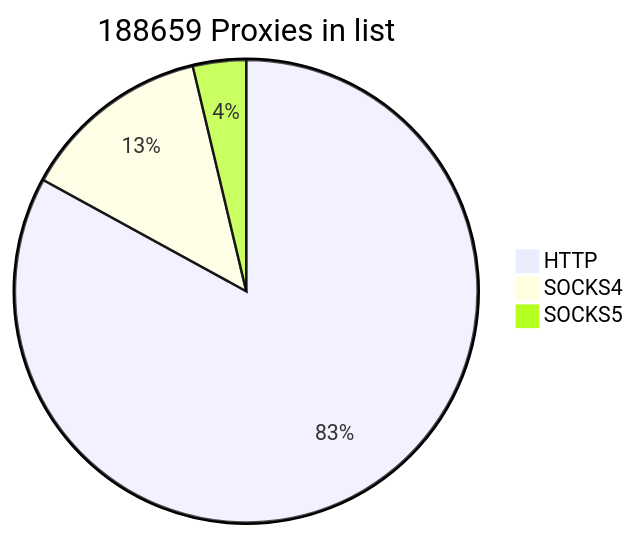
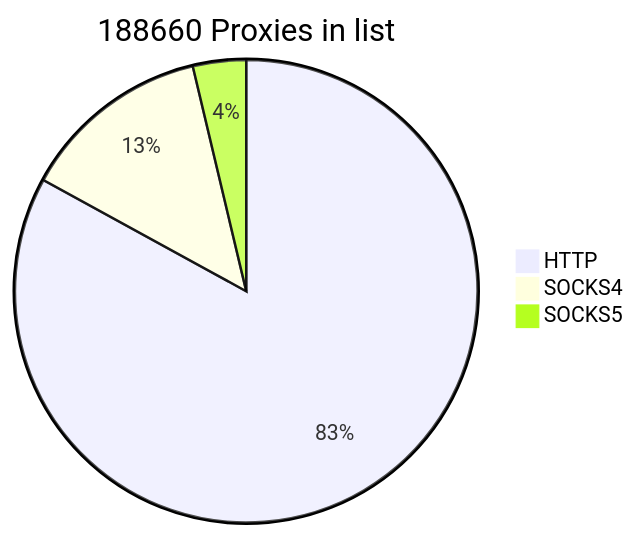
Before and after one commit to cutipu/proxylist: the first of 2 diagrams in README.md, drawn with Mermaid. The commit also changed other lines of this file, not shown here.

````diff
--- a/README.md
+++ b/README.md
@@ -2,7 +2,7 @@
 ```mermaid
-pie title 188659 Proxies in list
+pie title 188660 Proxies in list
     "HTTP" : 156553
-    "SOCKS4" : 25097
+    "SOCKS4" : 25098
     "SOCKS5" : 7009
             
 ```
````
